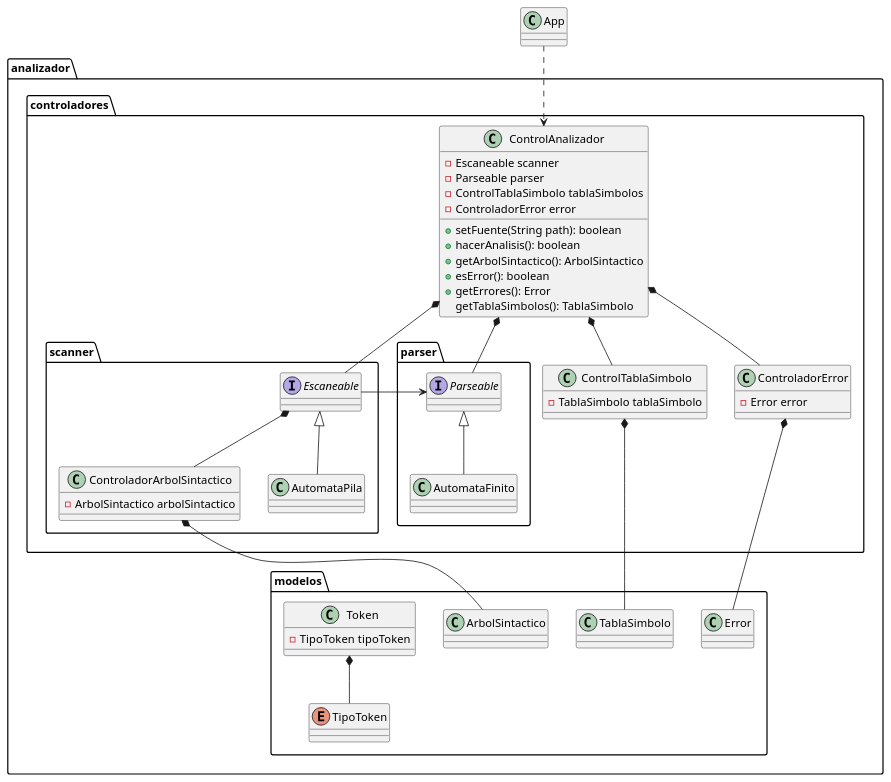
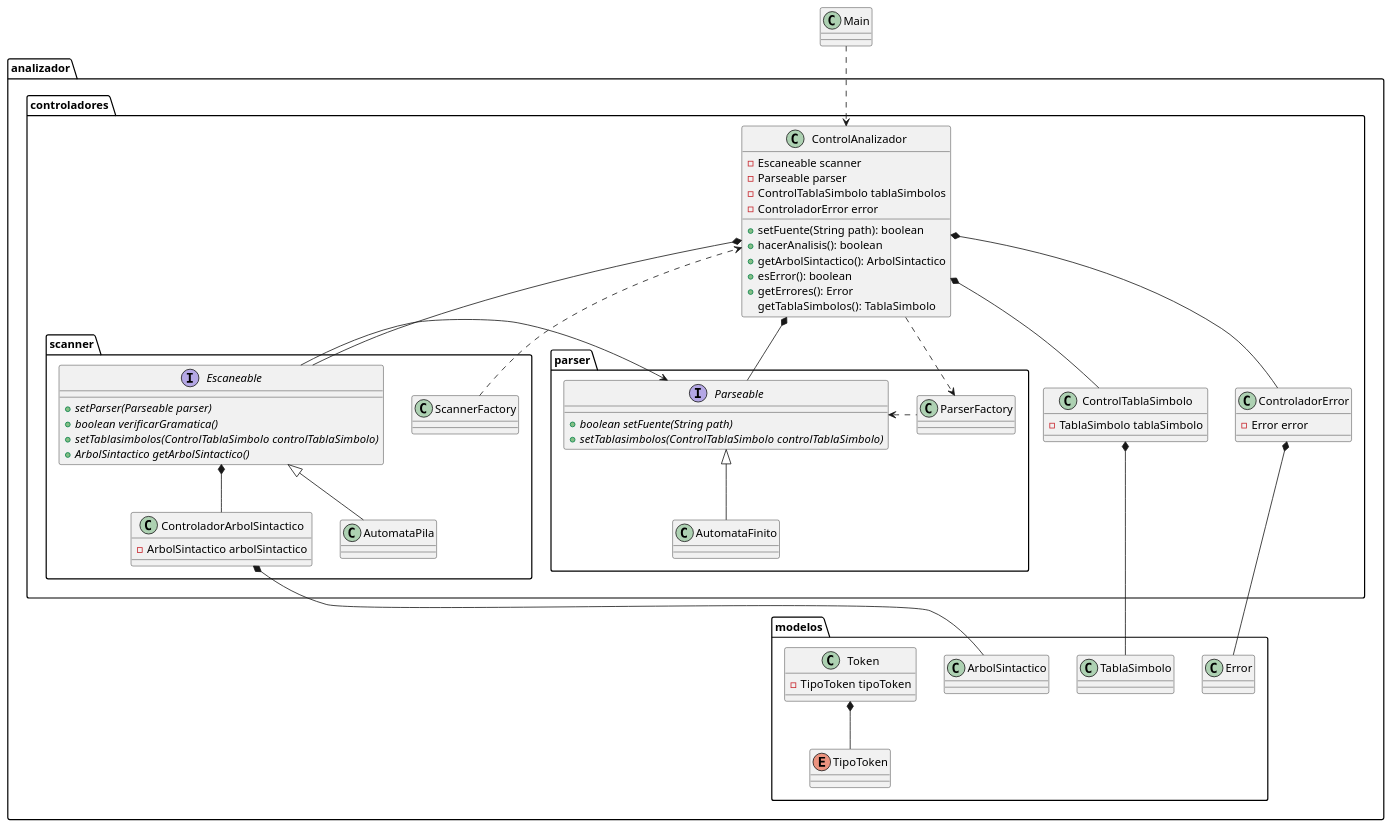
One commit to MichaelMarinReyes/Parser-Py changed the diagram in Diagrama de clases.wsd. Above: the diagram before and after it, drawn with PlantUML. The commit also changed 47 other files, not shown here.

```diff
--- a/Diagrama de clases.wsd
+++ b/Diagrama de clases.wsd
@@ -1,105 +1,121 @@
 @startuml diagramadeclases
 
-class App {
+class Main {
 
 }
 
 package analizador {
 
     package controladores {
 
         class ControlAnalizador {
             - Escaneable scanner
             - Parseable parser
             - ControlTablaSimbolo tablaSimbolos
             - ControladorError error
             + setFuente(String path): boolean
             + hacerAnalisis(): boolean
             + getArbolSintactico(): ArbolSintactico
             + esError(): boolean
             + getErrores(): Error
-             getTablaSimbolos(): TablaSimbolo
+            getTablaSimbolos(): TablaSimbolo
         }
 
         class ControlTablaSimbolo {
             - TablaSimbolo tablaSimbolo
         }
 
         class ControladorError {
             - Error error
         }
 
         package scanner {
 
+            class ScannerFactory {
+
+            }
+
             class ControladorArbolSintactico {
                 - ArbolSintactico arbolSintactico
             }
 
             interface Escaneable{
-
+                + {abstract} setParser(Parseable parser)
+                + {abstract} boolean verificarGramatica()
+                + {abstract} setTablasimbolos(ControlTablaSimbolo controlTablaSimbolo)
+                + {abstract} ArbolSintactico getArbolSintactico()
             }
 
             class AutomataPila {
 
             }
 
             AutomataPila -up-|> Escaneable
             Escaneable *-- ControladorArbolSintactico
+            ScannerFactory .right.> ControlAnalizador
         }
 
         package parser {
+
+            class ParserFactory {
+
+            }
+
             interface Parseable {
-
+                + {abstract} boolean setFuente(String path)
+                + {abstract} setTablasimbolos(ControlTablaSimbolo controlTablaSimbolo)
             }
 
             class AutomataFinito {
 
             }
 
             AutomataFinito -up-|> Parseable
         }
 
         ControlAnalizador *-- Parseable
         ControlAnalizador *-- Escaneable
         ControlAnalizador *-- ControlTablaSimbolo
         ControlAnalizador *-- ControladorError
+        ControlAnalizador ..> ParserFactory
+        ParserFactory .left.> Parseable
 
         Escaneable -right-> Parseable
     }
 
     package modelos {
 
         class Error {
 
         }
 
         class ArbolSintactico {
 
         }
 
         class TablaSimbolo {
 
         }
 
         class Token {
             - TipoToken tipoToken
         }
 
         enum TipoToken {
 
         }
 
         Token *-- TipoToken
-        
+
     }
 
     ControlTablaSimbolo *-down- TablaSimbolo
     ControladorError *-- Error
 
     ControladorArbolSintactico *-- ArbolSintactico
 
 }
 
-App .down.> ControlAnalizador
+Main .down.> ControlAnalizador
 
 @enduml
```
